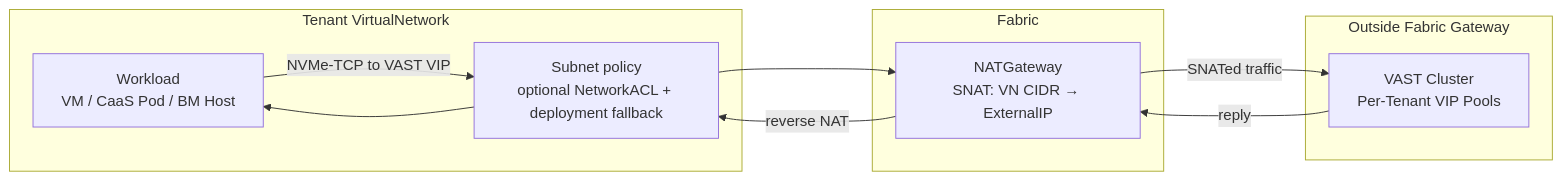
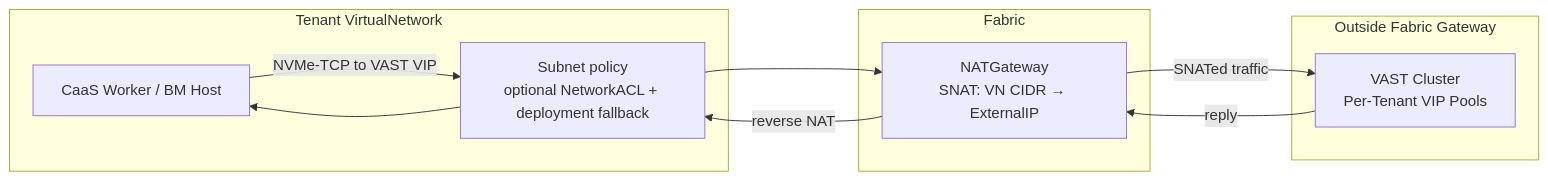
The diagram in enhancements/OSAC-5690-storage-networking/design.md (danmanor/enhancement-proposals), drawn with Mermaid before and after one commit. The commit also changed other lines of this file and 3 other files, not shown here.

````diff
--- a/enhancements/OSAC-5690-storage-networking/design.md
+++ b/enhancements/OSAC-5690-storage-networking/design.md
@@ -398,19 +398,19 @@
 ```mermaid
 flowchart LR
     subgraph Tenant VirtualNetwork
-        W[Workload<br/>VM / CaaS Pod / BM Host]
+        W[CaaS Worker / BM Host]
         P[Subnet policy<br/>optional NetworkACL + deployment fallback]
     end
     subgraph Fabric
         NG[NATGateway<br/>SNAT: VN CIDR → ExternalIP]
     end
     subgraph Outside Fabric Gateway
         VAST[VAST Cluster<br/>Per-Tenant VIP Pools]
     end
     W -->|NVMe-TCP to VAST VIP| P
     P --> NG
     NG -->|SNATed traffic| VAST
     VAST -->|reply| NG
     NG -->|reverse NAT| P
     P --> W
 ```
````
